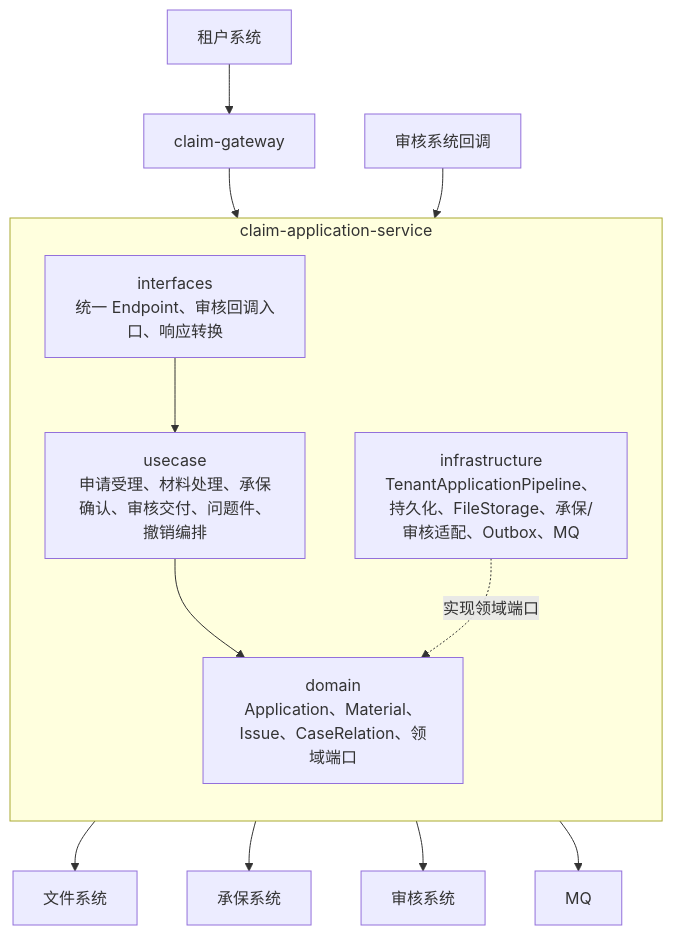
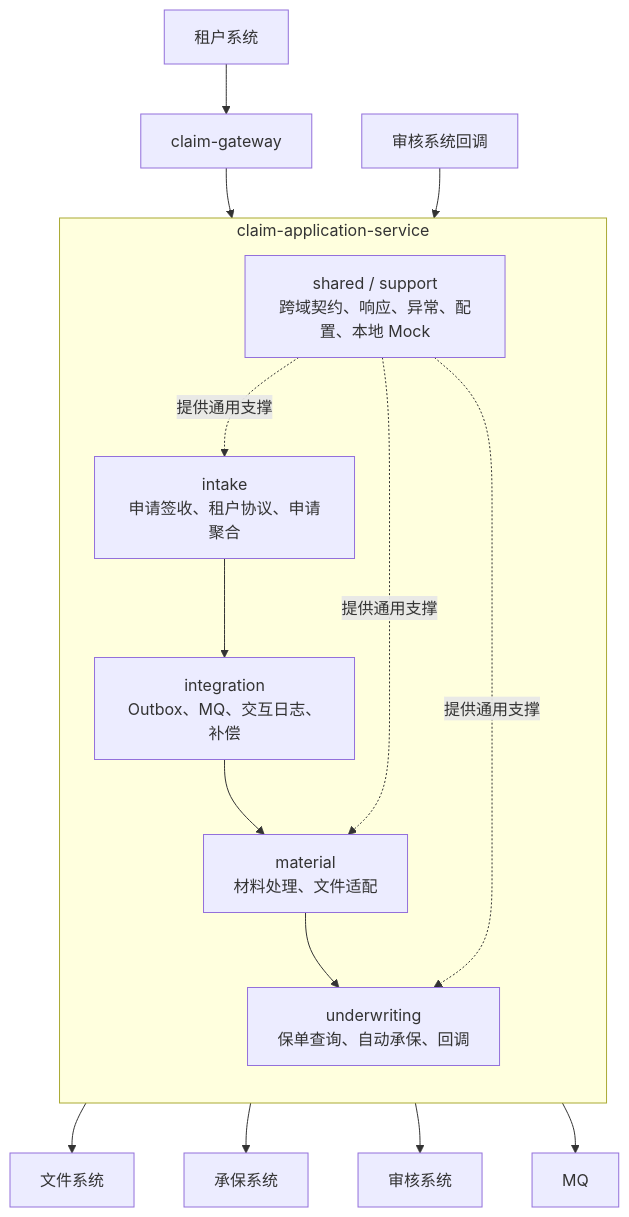
One commit to wangguangwu/claim-integration-platform changed the second of 10 diagrams in docs/architecture/claim-application-architecture.md. Above: the diagram before and after it, drawn with Mermaid. The commit also changed other lines of this file and 299 other files, not shown here.

````diff
--- a/docs/architecture/claim-application-architecture.md
+++ b/docs/architecture/claim-application-architecture.md
@@ -82,23 +82,27 @@
 ```mermaid
 flowchart TB
     TENANT["租户系统"] --> GATEWAY["claim-gateway"]
-    GATEWAY --> INTERFACES
-    AUDIT_CALLBACK["审核系统回调"] --> INTERFACES
+    GATEWAY --> INTAKE
+    AUDIT_CALLBACK["审核系统回调"] --> UNDERWRITING
 
     subgraph APPLICATION["claim-application-service"]
         direction TB
-        INTERFACES["interfaces<br/>统一 Endpoint、审核回调入口、响应转换"]
-        USECASE["usecase<br/>申请受理、材料处理、承保确认、审核交付、问题件、撤销编排"]
-        DOMAIN["domain<br/>Application、Material、Issue、CaseRelation、领域端口"]
-        INFRASTRUCTURE["infrastructure<br/>TenantApplicationPipeline、持久化、FileStorage、承保/审核适配、Outbox、MQ"]
+        INTAKE["intake<br/>申请签收、租户协议、申请聚合"]
+        MATERIAL["material<br/>材料处理、文件适配"]
+        UNDERWRITING["underwriting<br/>保单查询、自动承保、回调"]
+        INTEGRATION["integration<br/>Outbox、MQ、交互日志、补偿"]
+        SHARED["shared / support<br/>跨域契约、响应、异常、配置、本地 Mock"]
 
-        INTERFACES --> USECASE
-        USECASE --> DOMAIN
-        INFRASTRUCTURE -. "实现领域端口" .-> DOMAIN
+        INTAKE --> INTEGRATION
+        INTEGRATION --> MATERIAL
+        MATERIAL --> UNDERWRITING
+        SHARED -. "提供通用支撑" .-> INTAKE
+        SHARED -. "提供通用支撑" .-> MATERIAL
+        SHARED -. "提供通用支撑" .-> UNDERWRITING
     end
 
-    INFRASTRUCTURE --> FILE["文件系统"]
-    INFRASTRUCTURE --> INSURED["承保系统"]
-    INFRASTRUCTURE --> AUDIT["审核系统"]
-    INFRASTRUCTURE --> MQ["MQ"]
+    MATERIAL --> FILE["文件系统"]
+    UNDERWRITING --> INSURED["承保系统"]
+    INTEGRATION --> AUDIT["审核系统"]
+    INTEGRATION --> MQ["MQ"]
 ```
````
